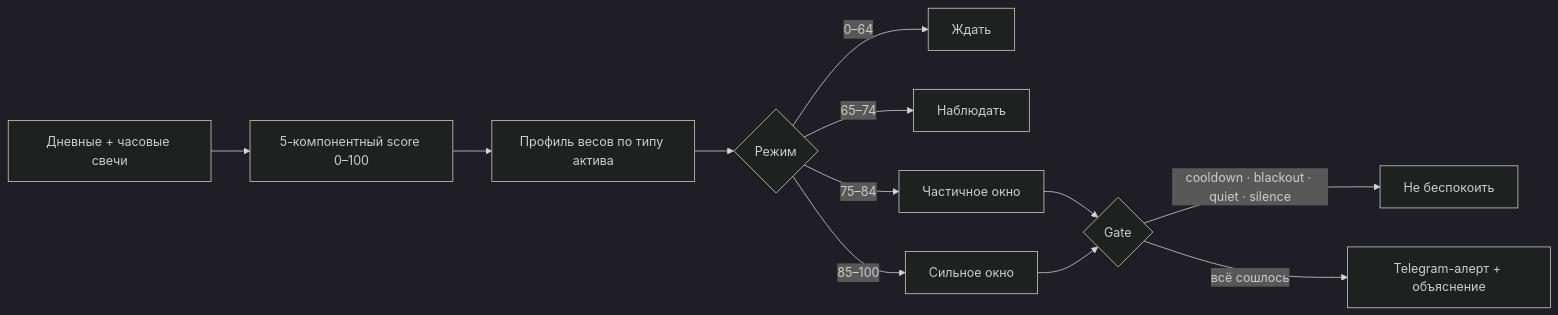
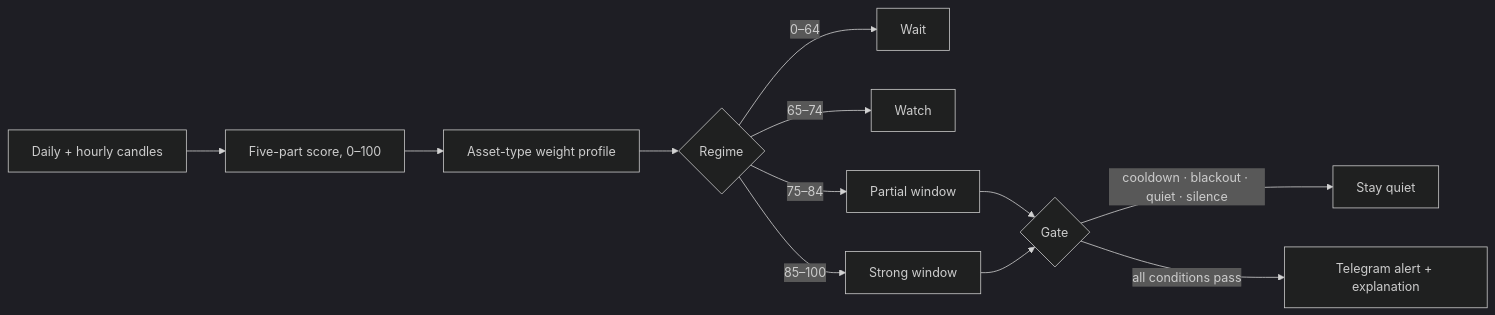
The first of 2 diagrams in README.md (dobrodob/time-to-change), drawn with Mermaid (dark theme) before and after one commit. The commit also changed other lines of this file and 3 other files, not shown here.

````diff
--- a/README.md
+++ b/README.md
@@ -55,14 +53,14 @@
 ```mermaid
 flowchart LR
-  A["Дневные + часовые свечи"] --> B["5-компонентный score 0–100"]
-  B --> C["Профиль весов по типу актива"]
-  C --> D{"Режим"}
-  D -->|"0–64"| E["Ждать"]
-  D -->|"65–74"| F["Наблюдать"]
-  D -->|"75–84"| G["Частичное окно"]
-  D -->|"85–100"| H["Сильное окно"]
+  A["Daily + hourly candles"] --> B["Five-part score, 0–100"]
+  B --> C["Asset-type weight profile"]
+  C --> D{"Regime"}
+  D -->|"0–64"| E["Wait"]
+  D -->|"65–74"| F["Watch"]
+  D -->|"75–84"| G["Partial window"]
+  D -->|"85–100"| H["Strong window"]
   G --> I{"Gate"}
   H --> I
-  I -->|"cooldown · blackout · quiet · silence"| J["Не беспокоить"]
-  I -->|"всё сошлось"| K["Telegram-алерт + объяснение"]
+  I -->|"cooldown · blackout · quiet · silence"| J["Stay quiet"]
+  I -->|"all conditions pass"| K["Telegram alert + explanation"]
 ```
````
